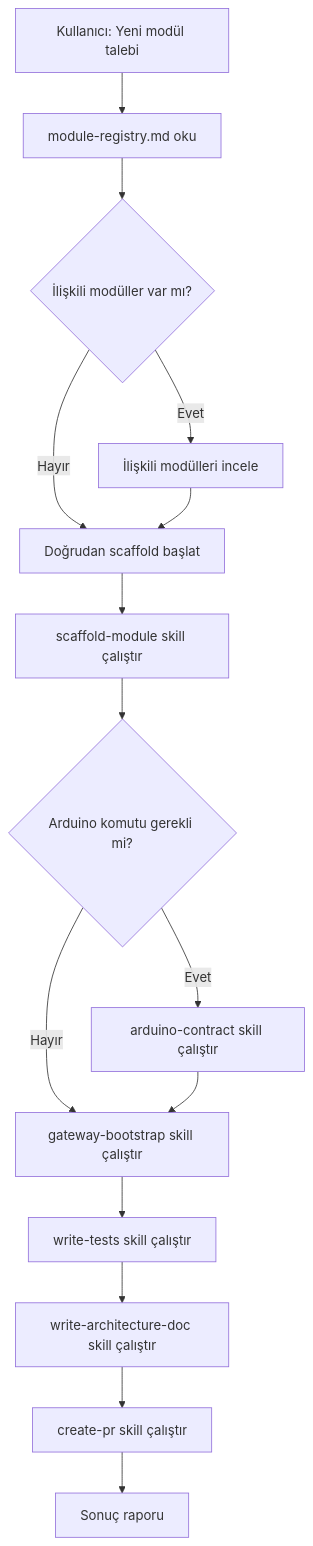
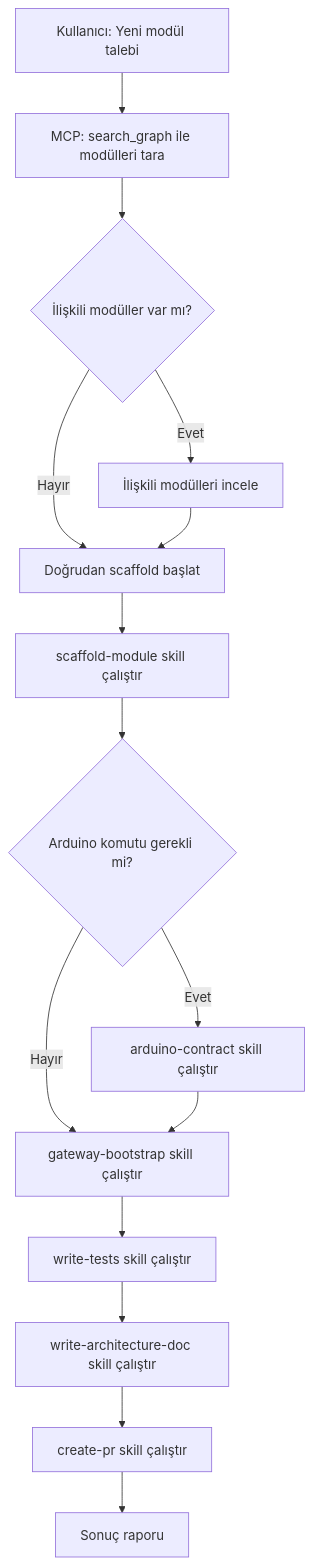
One commit to SentryCoderDev/SentryBOT changed the diagram in .sentrybot/agents/module-creator.md. Above: the diagram before and after it, drawn with Mermaid. The commit also changed other lines of this file and 6 other files, not shown here.

````diff
--- a/.sentrybot/agents/module-creator.md
+++ b/.sentrybot/agents/module-creator.md
@@ -21,17 +21,17 @@
 ```mermaid
 flowchart TD
-    A[Kullanıcı: Yeni modül talebi] --> B[module-registry.md oku]
+    A[Kullanıcı: Yeni modül talebi] --> B[MCP: search_graph ile modülleri tara]
     B --> C{İlişkili modüller var mı?}
     C -- Evet --> D[İlişkili modülleri incele]
     C -- Hayır --> E[Doğrudan scaffold başlat]
     D --> E
     E --> F[scaffold-module skill çalıştır]
     F --> G{Arduino komutu gerekli mi?}
     G -- Evet --> H[arduino-contract skill çalıştır]
     G -- Hayır --> I[gateway-bootstrap skill çalıştır]
     H --> I
     I --> J[write-tests skill çalıştır]
     J --> K[write-architecture-doc skill çalıştır]
     K --> L[create-pr skill çalıştır]
     L --> M[Sonuç raporu]
 ```
````
